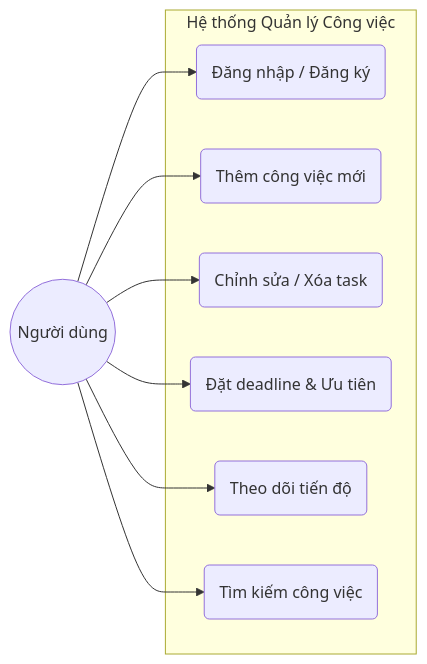
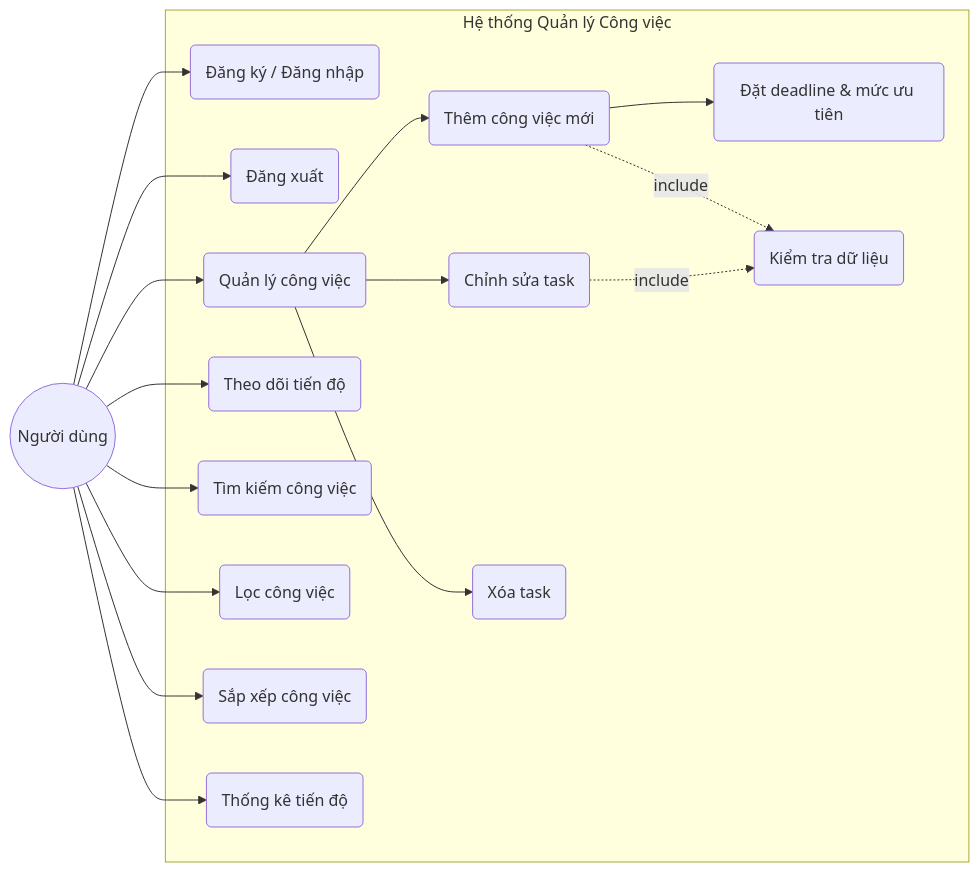
One commit to anhngocto-prog/He-thong-quan-ly-va-theo-doi-tien-do-cong-viec-ca-nhan changed the first of 5 diagrams in ANALYSIS.md. Above: the diagram before and after it, drawn with Mermaid. The commit also changed other lines of this file, not shown here.

````diff
--- a/ANALYSIS.md
+++ b/ANALYSIS.md
@@ -58,20 +68,52 @@
 ```mermaid
 graph LR
+
     User((Người dùng))
     
     subgraph "Hệ thống Quản lý Công việc"
-        UC1(Đăng nhập / Đăng ký)
-        UC2(Thêm công việc mới)
-        UC3(Chỉnh sửa / Xóa task)
-        UC4(Đặt deadline & Ưu tiên)
-        UC5(Theo dõi tiến độ)
-        UC6(Tìm kiếm công việc)
+
+        UC1(Đăng ký / Đăng nhập)
+        UC2(Đăng xuất)
+
+        UC3(Quản lý công việc)
+
+        UC4(Thêm công việc mới)
+        UC5(Chỉnh sửa task)
+        UC6(Xóa task)
+
+        UC7(Đặt deadline & mức ưu tiên)
+
+        UC8(Theo dõi tiến độ)
+
+        UC9(Tìm kiếm công việc)
+
+        UC10(Lọc công việc)
+
+        UC11(Sắp xếp công việc)
+
+        UC12(Thống kê tiến độ)
+
+        UC13(Kiểm tra dữ liệu)
+
     end
-    
+
     User --> UC1
     User --> UC2
+
     User --> UC3
-    User --> UC4
-    User --> UC5
-    User --> UC6
+
+    User --> UC8
+    User --> UC9
+    User --> UC10
+    User --> UC11
+    User --> UC12
+
+    UC3 --> UC4
+    UC3 --> UC5
+    UC3 --> UC6
+
+    UC4 --> UC7
+
+    UC4 -.include.-> UC13
+    UC5 -.include.-> UC13
 ```
````
